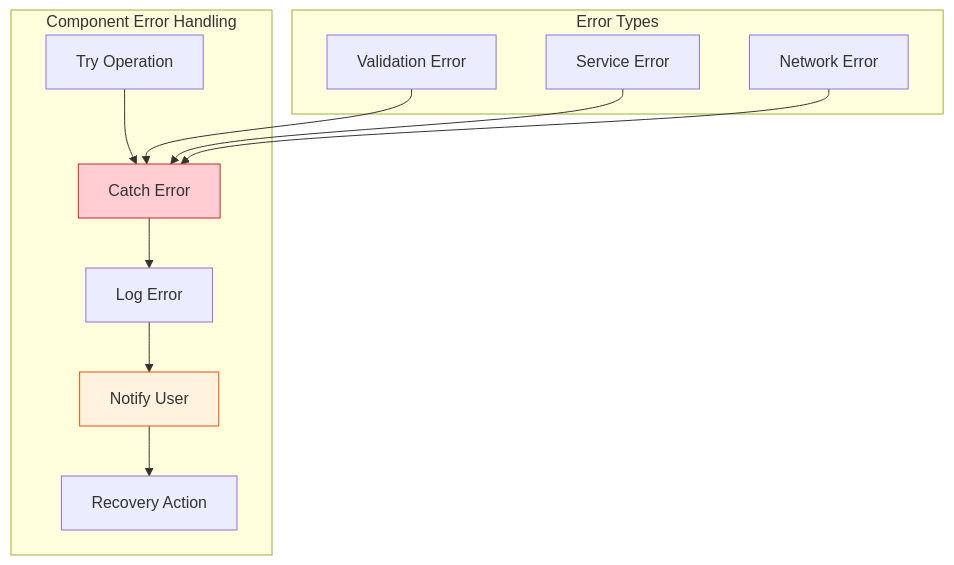
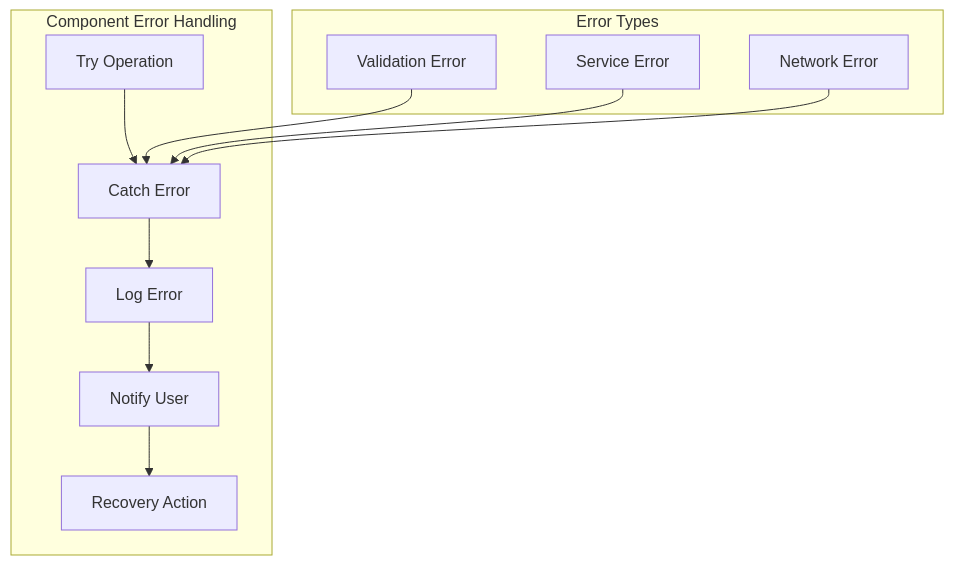
Before and after one commit to o2alexanderfedin/angular-cas-disot: diagram 11 of 13 in docs/architecture/component-architecture.md, drawn with Mermaid. The commit also changed other lines of this file and 18 other files, not shown here.

````diff
--- a/docs/architecture/component-architecture.md
+++ b/docs/architecture/component-architecture.md
@@ -348,29 +345,29 @@
 ```mermaid
 graph TD
     subgraph "Component Error Handling"
         TRY[Try Operation]
         CATCH[Catch Error]
         LOG[Log Error]
         USER[Notify User]
         RECOVER[Recovery Action]
     end
     
     subgraph "Error Types"
         VALIDATION[Validation Error]
         SERVICE[Service Error]
         NETWORK[Network Error]
     end
     
     TRY --> CATCH
     
     VALIDATION --> CATCH
     SERVICE --> CATCH
     NETWORK --> CATCH
     
     CATCH --> LOG
     LOG --> USER
     USER --> RECOVER
     
-    style CATCH fill:#ffcdd2,stroke:#c62828
-    style USER fill:#fff3e0,stroke:#e65100
+    
+    
 ```
````
